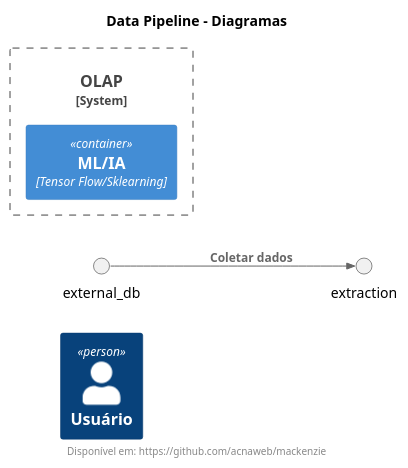
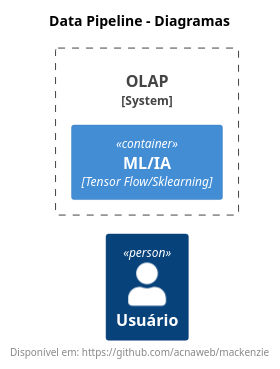
One commit to acnaweb/mackenzie-2025-1 changed the diagram in diagrams/data_pipeline.wsd. Above: the diagram before and after it, drawn with PlantUML. The commit also changed 1 other file, not shown here.

Commit message:
docs: add diagram

```diff
--- a/diagrams/data_pipeline.wsd
+++ b/diagrams/data_pipeline.wsd
@@ -1,18 +1,15 @@
 @startuml data_pipeline
 !include https://raw.githubusercontent.com/plantuml-stdlib/C4-PlantUML/master/C4_Container.puml
 title Data Pipeline - Diagramas
 footer Disponível em: https://github.com/acnaweb/mackenzie
 
 LAYOUT_LANDSCAPE()
 
 Person(user, "Usuário")
 
 System_Boundary(olap, "OLAP") {
-
         Container(ia, "ML/IA", "Tensor Flow/Sklearning", "")
 }
 
 
-Rel(external_db, extraction, "Coletar dados")
-
 @enduml
```
